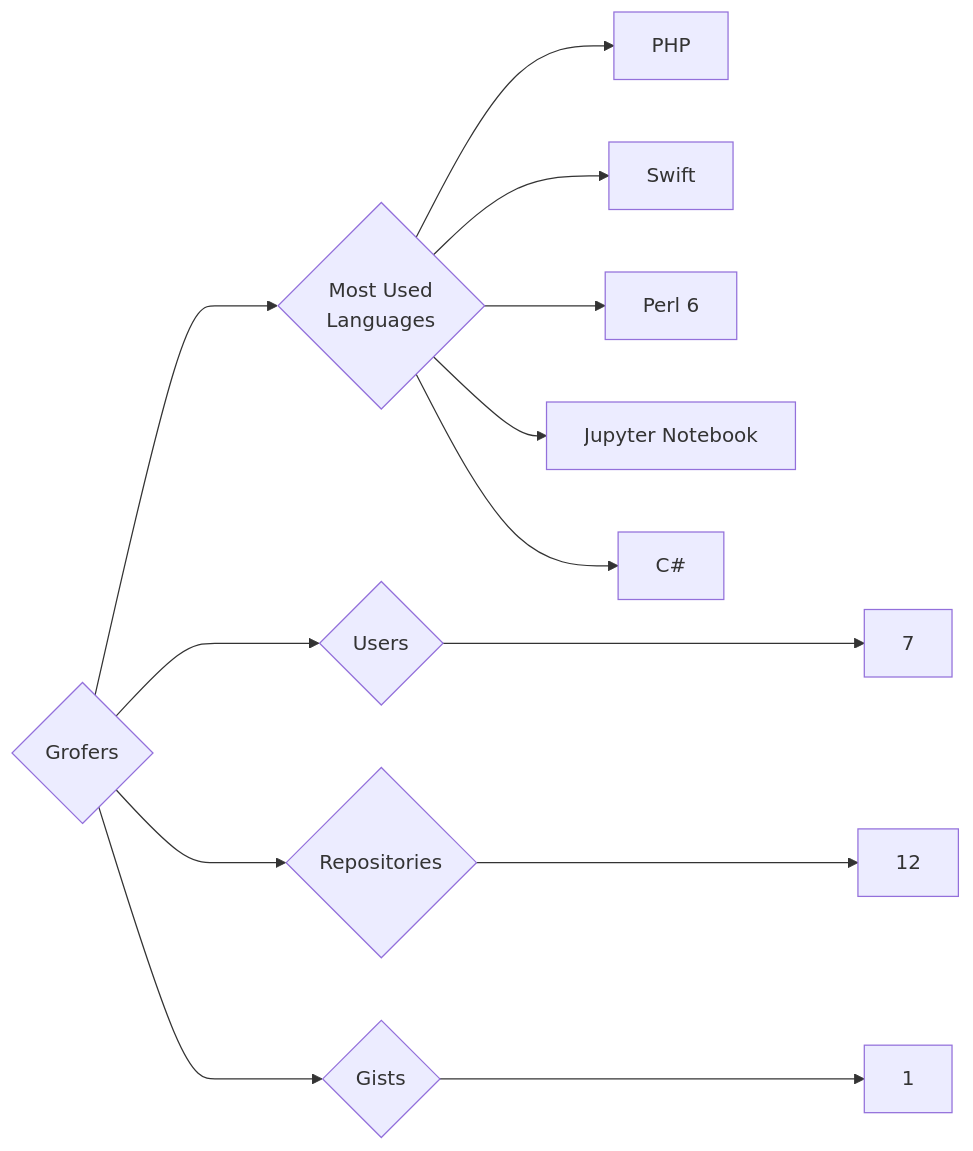
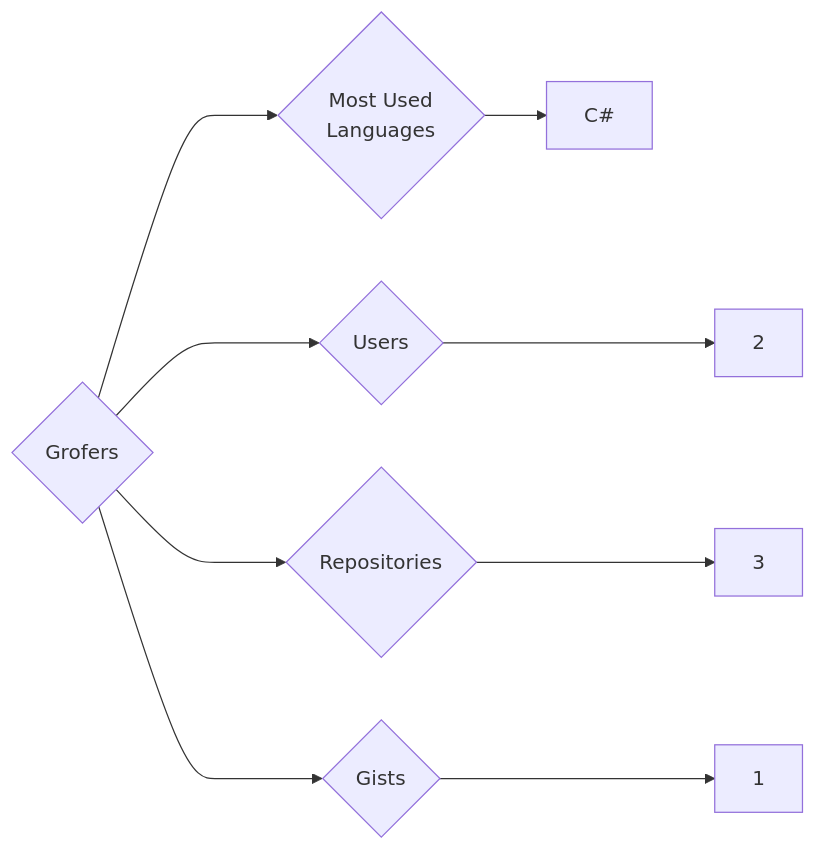
The diagram in targets/Grofers/README.md (trickest/insiders), drawn with Mermaid before and after one commit. The commit also changed 912 other files, not shown here.

````diff
--- a/targets/Grofers/README.md
+++ b/targets/Grofers/README.md
@@ -3,13 +3,9 @@
 ```mermaid
 graph LR
 COMPANY_NAME{Grofers}
-COMPANY_NAME ---> U{Users} ---> UN[7]
-COMPANY_NAME ---> R{Repositories} ---> RN[12]
+COMPANY_NAME ---> U{Users} ---> UN[2]
+COMPANY_NAME ---> R{Repositories} ---> RN[3]
 COMPANY_NAME ---> G{Gists} ---> GN[1]
 COMPANY_NAME ---> ML{Most Used<br>Languages}
-ML --> PHP[PHP]
-ML --> Swift[Swift]
-ML --> Perl_6[Perl 6]
-ML --> Jupyter_Notebook[Jupyter Notebook]
 ML --> C#[C#]
 ```
````
